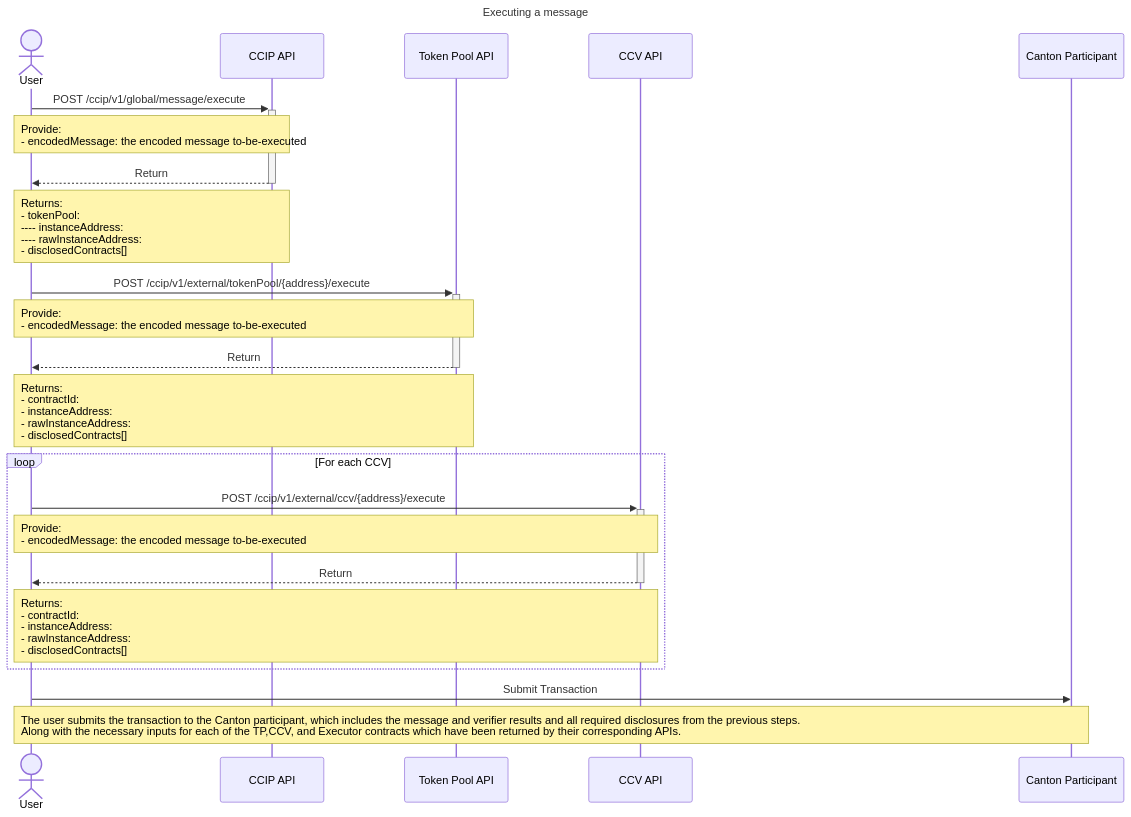
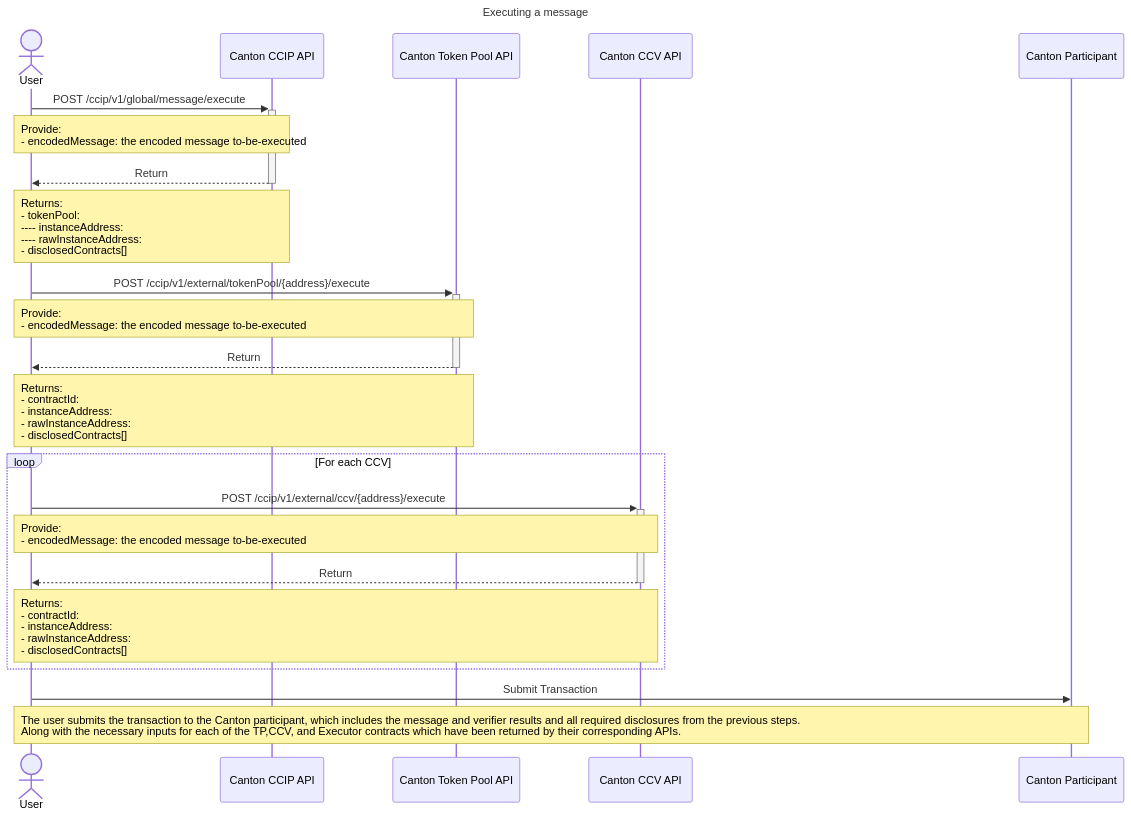
One commit to smartcontractkit/chainlink-canton changed the second of 2 diagrams in openapi/src/eds/README.md. Above: the diagram before and after it, drawn with Mermaid. The commit also changed other lines of this file and 5 other files, not shown here.

````diff
--- a/openapi/src/eds/README.md
+++ b/openapi/src/eds/README.md
@@ -225,38 +225,38 @@
 ```mermaid
 ---
 title: Executing a message
 config:
     sequence:
         messageAlign: center
         noteAlign: left
         noteMargin: 10
 ---
 
 sequenceDiagram
     actor User
-    participant CCIP as CCIP API
-    participant TP as Token Pool API
-    participant CCV as CCV API
+    participant CCIP as Canton CCIP API
+    participant TP as Canton Token Pool API
+    participant CCV as Canton CCV API
     participant Canton as Canton Participant
 
     User ->>+ CCIP: POST /ccip/v1/global/message/execute
     note over User, CCIP: Provide: <br/> - encodedMessage: the encoded message to-be-executed
     CCIP -->>- User: Return
     note over User, CCIP: Returns: <br/> - tokenPool: <br/> ---- instanceAddress: <br/> ---- rawInstanceAddress: <br/> - disclosedContracts[]
 
     User ->>+ TP: POST /ccip/v1/external/tokenPool/{address}/execute
     note over User, TP: Provide: <br/> - encodedMessage: the encoded message to-be-executed
     TP -->>- User: Return
     note over User, TP: Returns: <br/> - contractId: <br/> - instanceAddress: <br/> - rawInstanceAddress: <br/> - disclosedContracts[]
 
     loop For each CCV
         User ->>+ CCV: POST /ccip/v1/external/ccv/{address}/execute
         note over User, CCV: Provide: <br/> - encodedMessage: the encoded message to-be-executed
         CCV -->>- User: Return
         note over User, CCV: Returns: <br/> - contractId: <br/> - instanceAddress: <br/> - rawInstanceAddress: <br/> - disclosedContracts[]
     end
 
     User ->> Canton: Submit Transaction
     note over User, Canton: The user submits the transaction to the Canton participant, which includes the message and verifier results and all required disclosures from the previous steps. <br/> Along with the necessary inputs for each of the TP,CCV, and Executor contracts which have been returned by their corresponding APIs.
 
 ```
````
